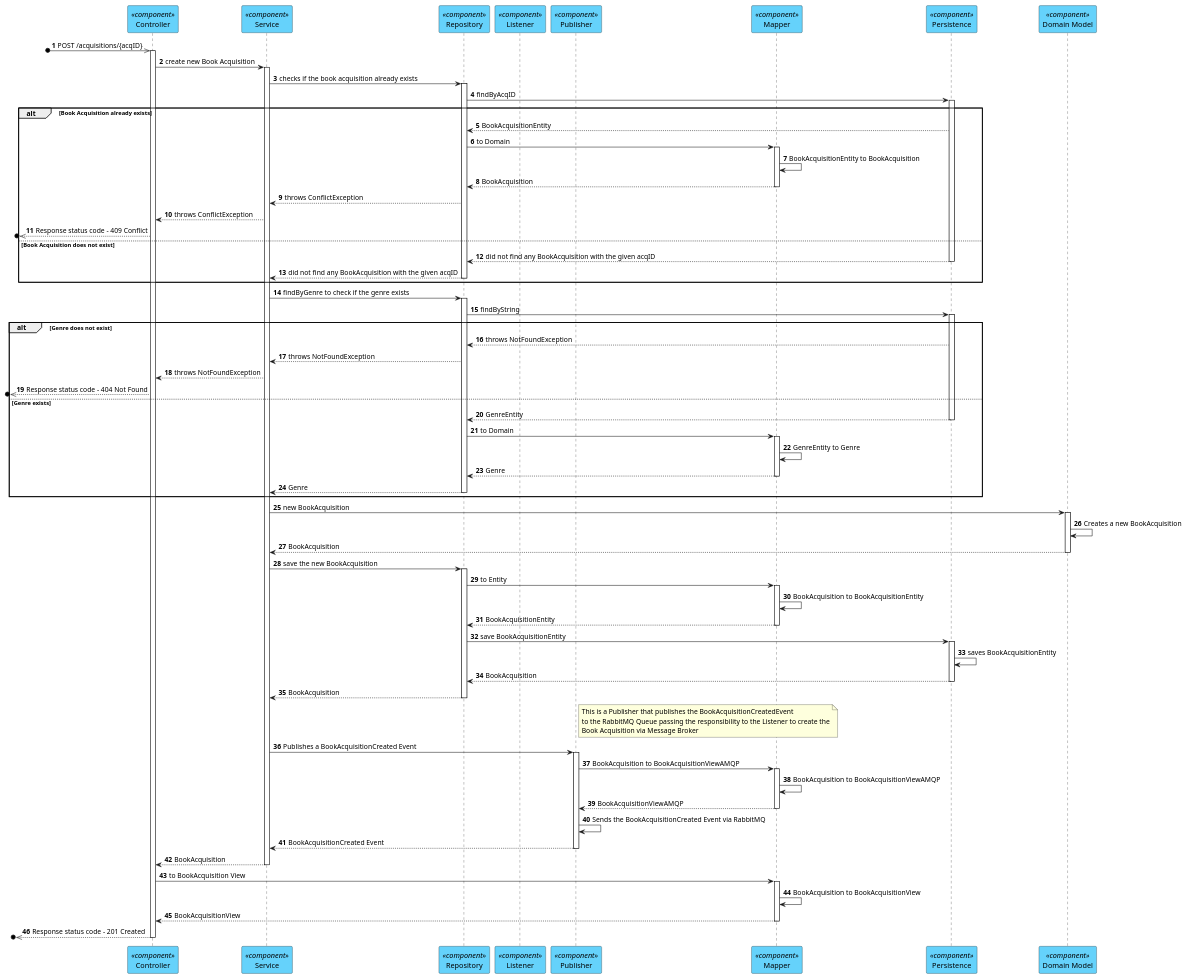
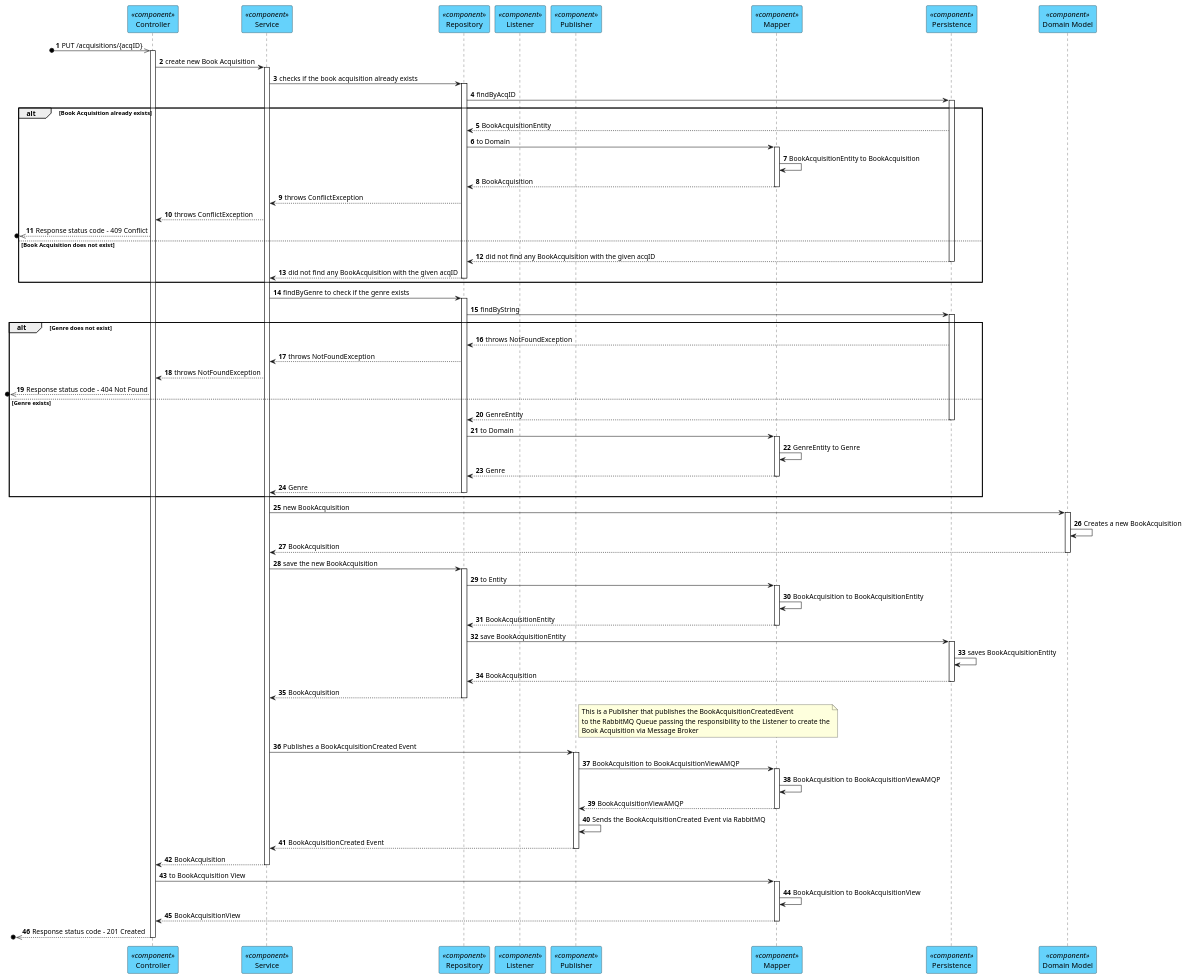
The diagram in Docs/New Documentation/P2/Process-Level3/Create a new Book Acquisition.puml (1210910/Arqsoft_Odsoft), drawn with PlantUML before and after one commit.

Commit message:
Fixed a typo on the Create a new Book Acquisition Process View Level 3 Diagram.

```diff
--- a/Docs/New Documentation/P2/Process-Level3/Create a new Book Acquisition.puml
+++ b/Docs/New Documentation/P2/Process-Level3/Create a new Book Acquisition.puml
@@ -1,113 +1,113 @@
 @startuml
 'https://plantuml.com/sequence-diagram
 
 autonumber
 
 autonumber
 
 skinparam participant {
     BackgroundColor 65D2FB
     BorderColor Black
     ArrowColor Black
 }
 
 skinparam actor {
     BackgroundColor 65D2FB
     BorderColor Black
     ArrowColor Black
 }
 
 participant "Controller" as CTRL <<component>>
 participant "Service" as SER <<component>>
 participant "Repository" as REPO <<component>>
 participant "Listener" as L <<component>>
 participant "Publisher" as P <<component>>
 participant "Mapper" as MAP <<component>>
 participant "Persistence" as PER <<component>>
 participant "Domain Model" as BA <<component>>
 
-?o->> CTRL : POST /acquisitions/{acqID}
+?o->> CTRL : PUT /acquisitions/{acqID}
 activate CTRL
 CTRL -> SER : create new Book Acquisition
 activate SER
 SER -> REPO : checks if the book acquisition already exists
 activate REPO
 REPO -> PER : findByAcqID
 activate PER
 alt Book Acquisition already exists
 PER --> REPO : BookAcquisitionEntity
 REPO -> MAP : to Domain
 activate MAP
 MAP -> MAP : BookAcquisitionEntity to BookAcquisition
 MAP --> REPO : BookAcquisition
 deactivate MAP
 REPO --> SER : throws ConflictException
 SER --> CTRL : throws ConflictException
 ?o<<-- CTRL : Response status code - 409 Conflict
 else Book Acquisition does not exist
 PER --> REPO : did not find any BookAcquisition with the given acqID
 deactivate PER
 REPO --> SER : did not find any BookAcquisition with the given acqID
 deactivate REPO
 end
 SER -> REPO : findByGenre to check if the genre exists
 activate REPO
 REPO -> PER : findByString
 activate PER
 alt Genre does not exist
 PER --> REPO : throws NotFoundException
 REPO --> SER : throws NotFoundException
 SER --> CTRL : throws NotFoundException
 ?o<<-- CTRL : Response status code - 404 Not Found
 else Genre exists
 PER --> REPO : GenreEntity
 deactivate PER
 REPO -> MAP : to Domain
 activate MAP
 MAP -> MAP : GenreEntity to Genre
 MAP --> REPO : Genre
 deactivate MAP
 REPO --> SER : Genre
 deactivate REPO
 end
 SER -> BA : new BookAcquisition
 activate BA
 BA -> BA : Creates a new BookAcquisition
 BA --> SER : BookAcquisition
 deactivate BA
 SER -> REPO : save the new BookAcquisition
 activate REPO
 REPO -> MAP : to Entity
 activate MAP
 MAP -> MAP : BookAcquisition to BookAcquisitionEntity
 MAP --> REPO : BookAcquisitionEntity
 deactivate MAP
 REPO -> PER : save BookAcquisitionEntity
 activate PER
 PER -> PER : saves BookAcquisitionEntity
 PER --> REPO : BookAcquisition
 deactivate PER
 REPO --> SER : BookAcquisition
 deactivate REPO
 note right of P : This is a Publisher that publishes the BookAcquisitionCreatedEvent\nto the RabbitMQ Queue passing the responsibility to the Listener to create the\nBook Acquisition via Message Broker
 SER -> P : Publishes a BookAcquisitionCreated Event
 activate P
 P -> MAP : BookAcquisition to BookAcquisitionViewAMQP
 activate MAP
 MAP -> MAP : BookAcquisition to BookAcquisitionViewAMQP
 MAP --> P : BookAcquisitionViewAMQP
 deactivate MAP
 P -> P : Sends the BookAcquisitionCreated Event via RabbitMQ
 P --> SER : BookAcquisitionCreated Event
 deactivate P
 SER --> CTRL : BookAcquisition
 deactivate SER
 CTRL -> MAP : to BookAcquisition View
 activate MAP
 MAP -> MAP : BookAcquisition to BookAcquisitionView
 MAP --> CTRL : BookAcquisitionView
 deactivate MAP
 ?o<<-- CTRL : Response status code - 201 Created
 deactivate CTRL
 
 @enduml
```
